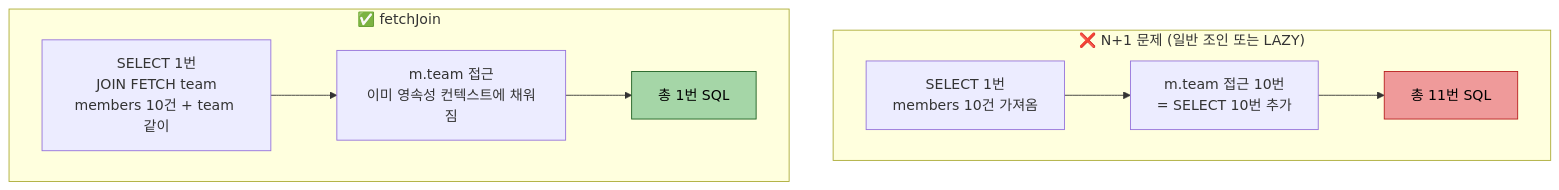
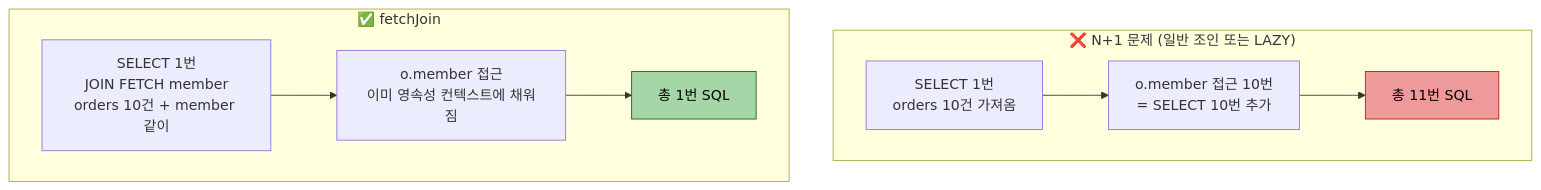
Before and after one commit to scofe97/StduyWrite: the first of 2 diagrams in write/05_data/querydsl/01-03.기본 문법과 조인.md, drawn with Mermaid. The commit also changed other lines of this file and 2 other files, not shown here.

````diff
--- a/write/05_data/querydsl/01-03.기본 문법과 조인.md
+++ b/write/05_data/querydsl/01-03.기본 문법과 조인.md
@@ -179,18 +232,18 @@
 ```mermaid
 flowchart TB
     subgraph nplusone["❌ N+1 문제 (일반 조인 또는 LAZY)"]
-        n1["SELECT 1번<br>members 10건 가져옴"]
-        n2["m.team 접근 10번<br>= SELECT 10번 추가"]
+        n1["SELECT 1번<br>orders 10건 가져옴"]
+        n2["o.member 접근 10번<br>= SELECT 10번 추가"]
         n3["총 11번 SQL"]
         n1 --> n2 --> n3
     end
     subgraph fetchjoin["✅ fetchJoin"]
-        f1["SELECT 1번<br>JOIN FETCH team<br>members 10건 + team 같이"]
-        f2["m.team 접근<br>이미 영속성 컨텍스트에 채워짐"]
+        f1["SELECT 1번<br>JOIN FETCH member<br>orders 10건 + member 같이"]
+        f2["o.member 접근<br>이미 영속성 컨텍스트에 채워짐"]
         f3["총 1번 SQL"]
         f1 --> f2 --> f3
     end
 
     style n3 fill:#EF9A9A,color:#000,stroke:#B71C1C
     style f3 fill:#A5D6A7,color:#000,stroke:#1B5E20
 ```
````
